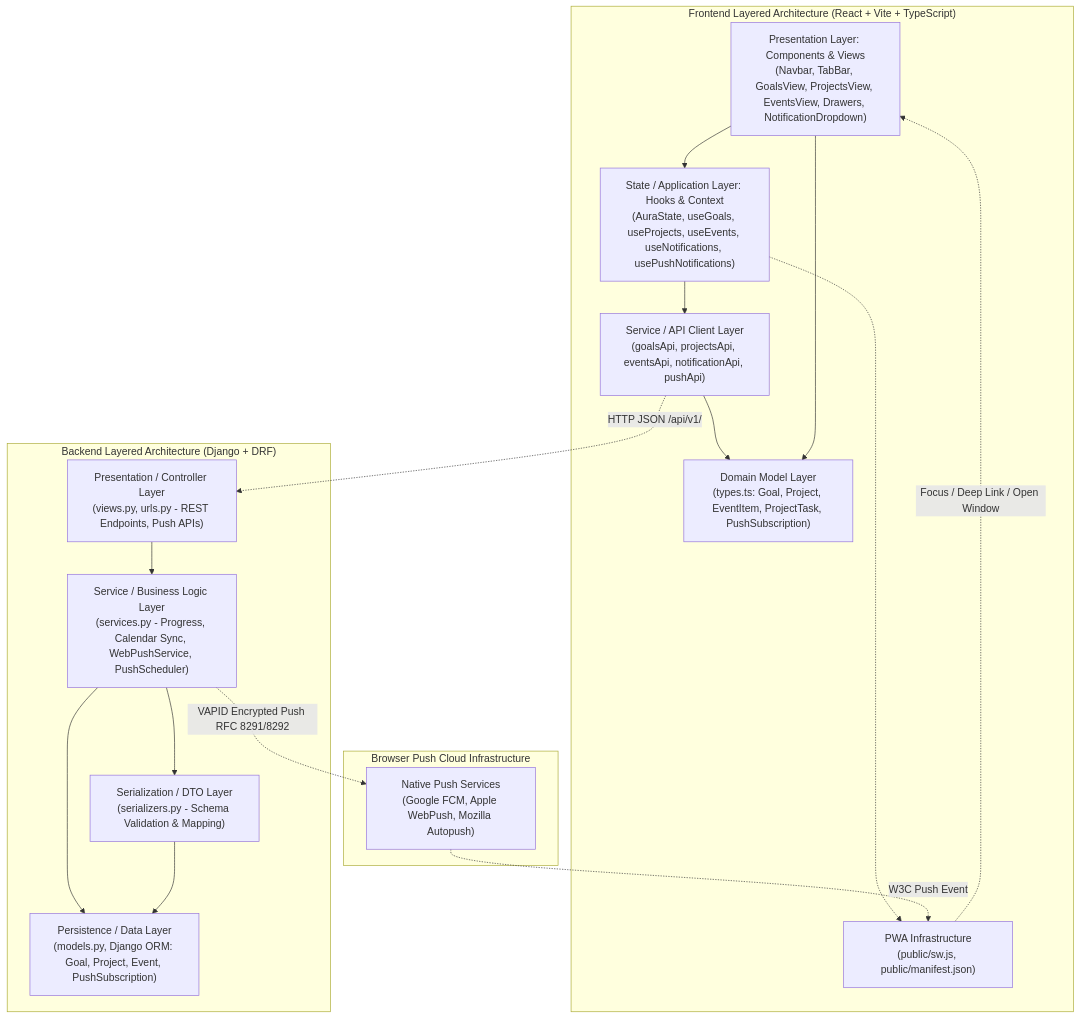
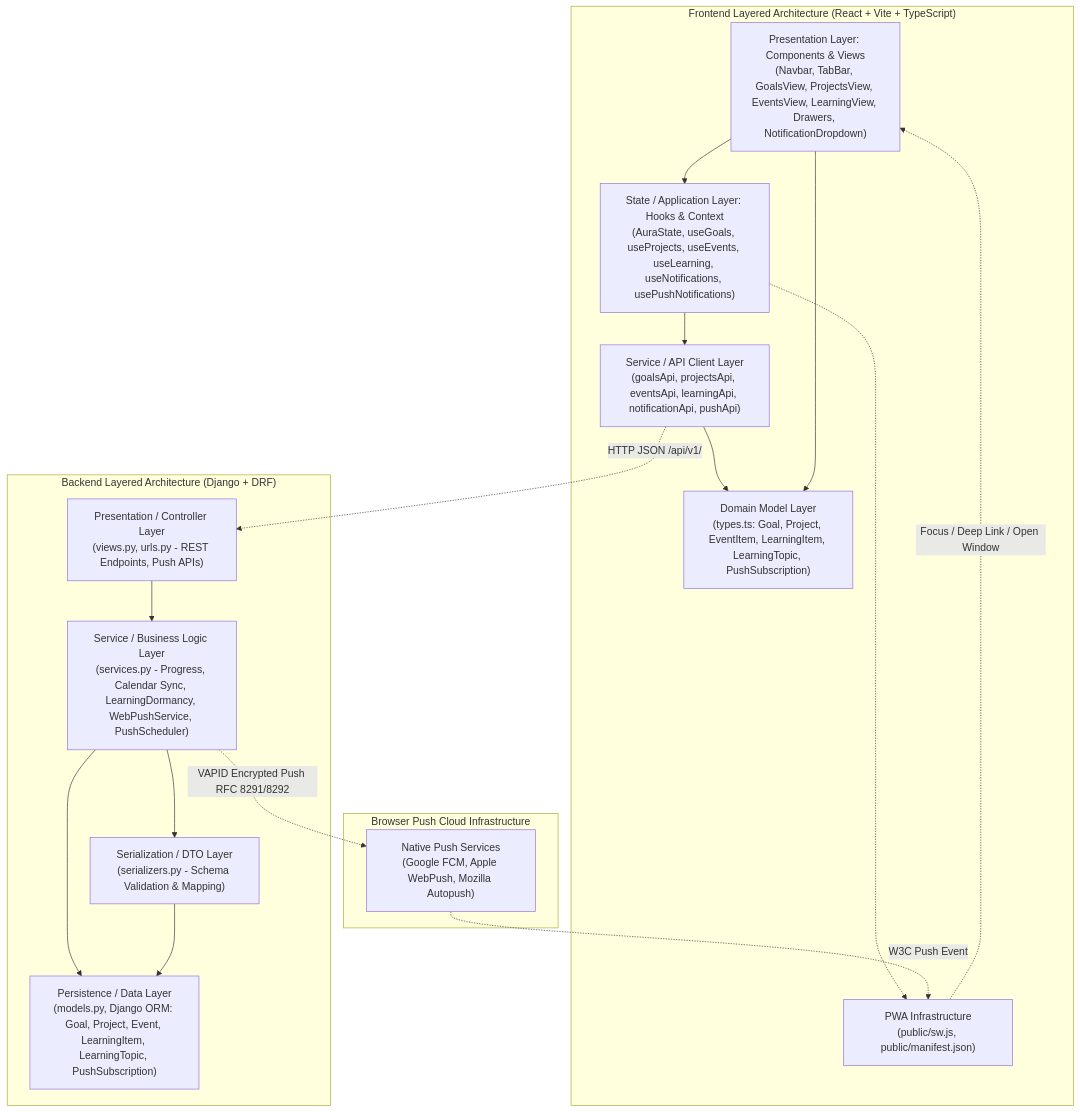
One commit to Benjamin-66Tar/Gestor-de-tareas- changed the diagram in specs/001-navigation-layout/plan.md. Above: the diagram before and after it, drawn with Mermaid. The commit also changed other lines of this file and 4 other files, not shown here.

````diff
--- a/specs/001-navigation-layout/plan.md
+++ b/specs/001-navigation-layout/plan.md
@@ -87,35 +95,35 @@
 ```mermaid
 graph TD
     subgraph Frontend["Frontend Layered Architecture (React + Vite + TypeScript)"]
-        UI["Presentation Layer: Components & Views<br/>(Navbar, TabBar, GoalsView, ProjectsView, EventsView, Drawers, NotificationDropdown)"]
-        STATE["State / Application Layer: Hooks & Context<br/>(AuraState, useGoals, useProjects, useEvents, useNotifications, usePushNotifications)"]
-        SERVICE_FE["Service / API Client Layer<br/>(goalsApi, projectsApi, eventsApi, notificationApi, pushApi)"]
-        DOMAIN_FE["Domain Model Layer<br/>(types.ts: Goal, Project, EventItem, ProjectTask, PushSubscription)"]
+        UI["Presentation Layer: Components & Views<br/>(Navbar, TabBar, GoalsView, ProjectsView, EventsView, LearningView, Drawers, NotificationDropdown)"]
+        STATE["State / Application Layer: Hooks & Context<br/>(AuraState, useGoals, useProjects, useEvents, useLearning, useNotifications, usePushNotifications)"]
+        SERVICE_FE["Service / API Client Layer<br/>(goalsApi, projectsApi, eventsApi, learningApi, notificationApi, pushApi)"]
+        DOMAIN_FE["Domain Model Layer<br/>(types.ts: Goal, Project, EventItem, LearningItem, LearningTopic, PushSubscription)"]
         SW["PWA Infrastructure<br/>(public/sw.js, public/manifest.json)"]
         UI --> STATE
         STATE --> SERVICE_FE
         SERVICE_FE --> DOMAIN_FE
         UI --> DOMAIN_FE
         STATE -.-> SW
     end
 
     subgraph Backend["Backend Layered Architecture (Django + DRF)"]
         API["Presentation / Controller Layer<br/>(views.py, urls.py - REST Endpoints, Push APIs)"]
-        SERVICE_BE["Service / Business Logic Layer<br/>(services.py - Progress, Calendar Sync, WebPushService, PushScheduler)"]
+        SERVICE_BE["Service / Business Logic Layer<br/>(services.py - Progress, Calendar Sync, LearningDormancy, WebPushService, PushScheduler)"]
         SERIALIZER["Serialization / DTO Layer<br/>(serializers.py - Schema Validation & Mapping)"]
-        PERSISTENCE["Persistence / Data Layer<br/>(models.py, Django ORM: Goal, Project, Event, PushSubscription)"]
+        PERSISTENCE["Persistence / Data Layer<br/>(models.py, Django ORM: Goal, Project, Event, LearningItem, LearningTopic, PushSubscription)"]
         API --> SERVICE_BE
         SERVICE_BE --> SERIALIZER
         SERVICE_BE --> PERSISTENCE
         SERIALIZER --> PERSISTENCE
     end
 
     subgraph PushCloud["Browser Push Cloud Infrastructure"]
         PUSH_SRV["Native Push Services<br/>(Google FCM, Apple WebPush, Mozilla Autopush)"]
     end
 
     SERVICE_FE -.->|HTTP JSON /api/v1/| API
     SERVICE_BE -.->|VAPID Encrypted Push RFC 8291/8292| PUSH_SRV
     PUSH_SRV -.->|W3C Push Event| SW
     SW -.->|Focus / Deep Link / Open Window| UI
 ```
````
